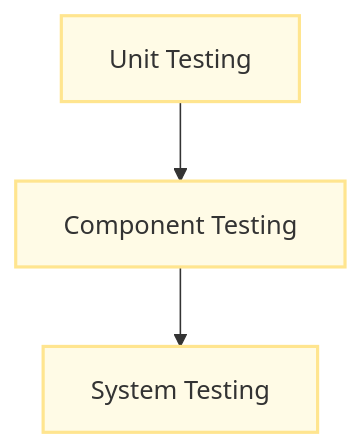
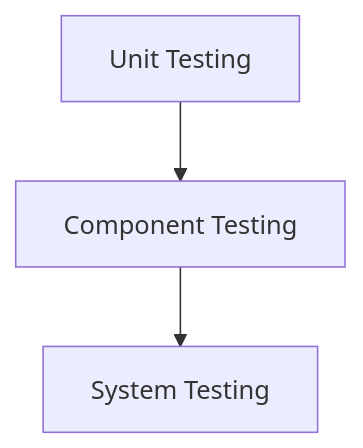
The second of 3 diagrams in docs/mca/se/u12/u13.md (sujith-eag/sujith-library), drawn with Mermaid before and after one commit. The commit also changed other lines of this file and 41 other files, not shown here.

First line of the commit message:
Refactor diagrams and remove redundant styles in documentation

````diff
--- a/docs/mca/se/u12/u13.md
+++ b/docs/mca/se/u12/u13.md
@@ -79,10 +78,9 @@
 ```mermaid
 graph TD
-    classDef testLevel fill:#fffbe6,stroke:#ffe58f,stroke-width:2px;
 
     C[System Testing]:::testLevel
     B[Component Testing]:::testLevel
     A[Unit Testing]:::testLevel
     
     A --> B --> C
 ```
````
